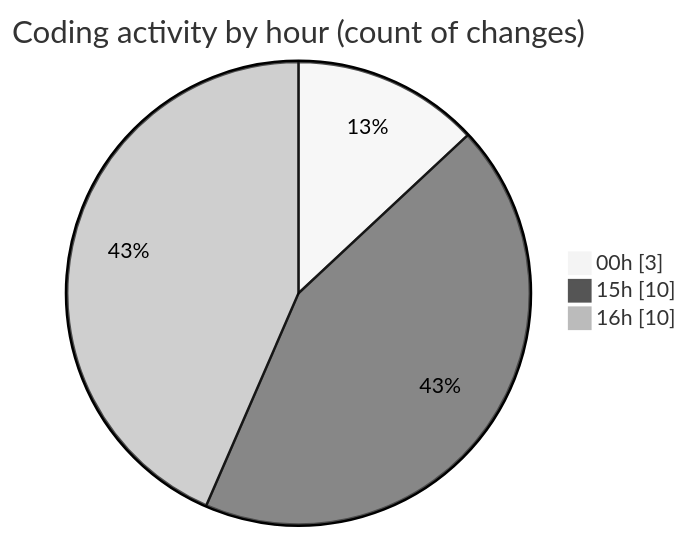
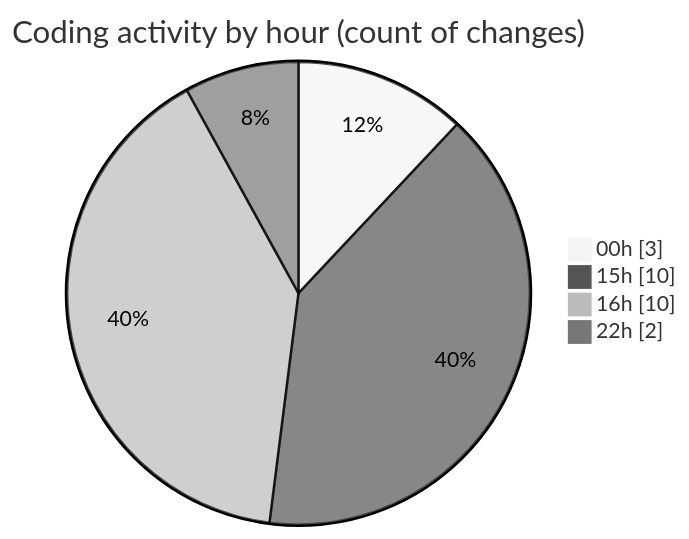
Before and after one commit to idhammustaqopulfikri/code-tracking: the second of 2 diagrams in 2025-03-30/autodidak/README.md, drawn with Mermaid (neutral theme). The commit also changed other lines of this file and 1 other file, not shown here.

````diff
--- a/2025-03-30/autodidak/README.md
+++ b/2025-03-30/autodidak/README.md
@@ -35,7 +35,8 @@
 ```mermaid
 pie showData
 title Coding activity by hour (count of changes)
 "00h" : 3
 "15h" : 10
 "16h" : 10
+"22h" : 2
 ```
````
